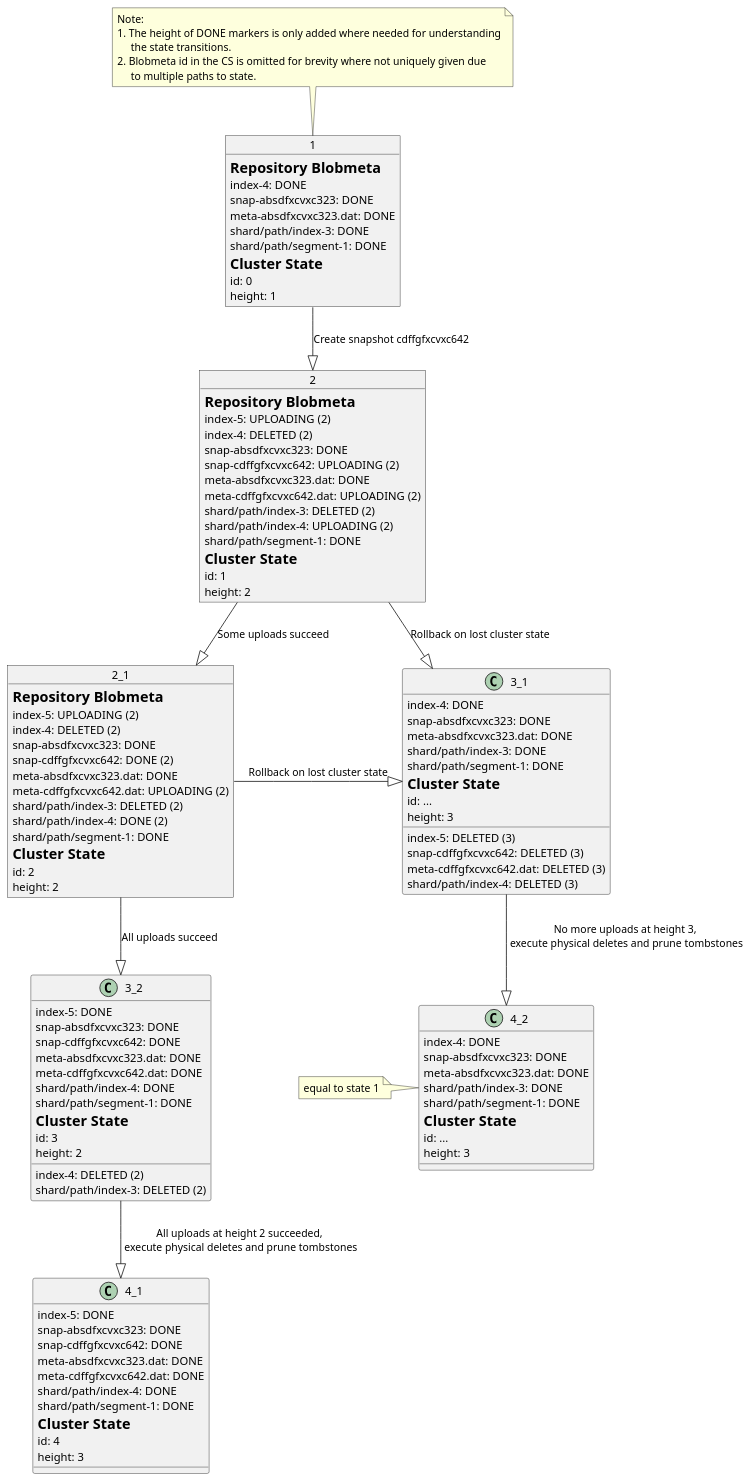
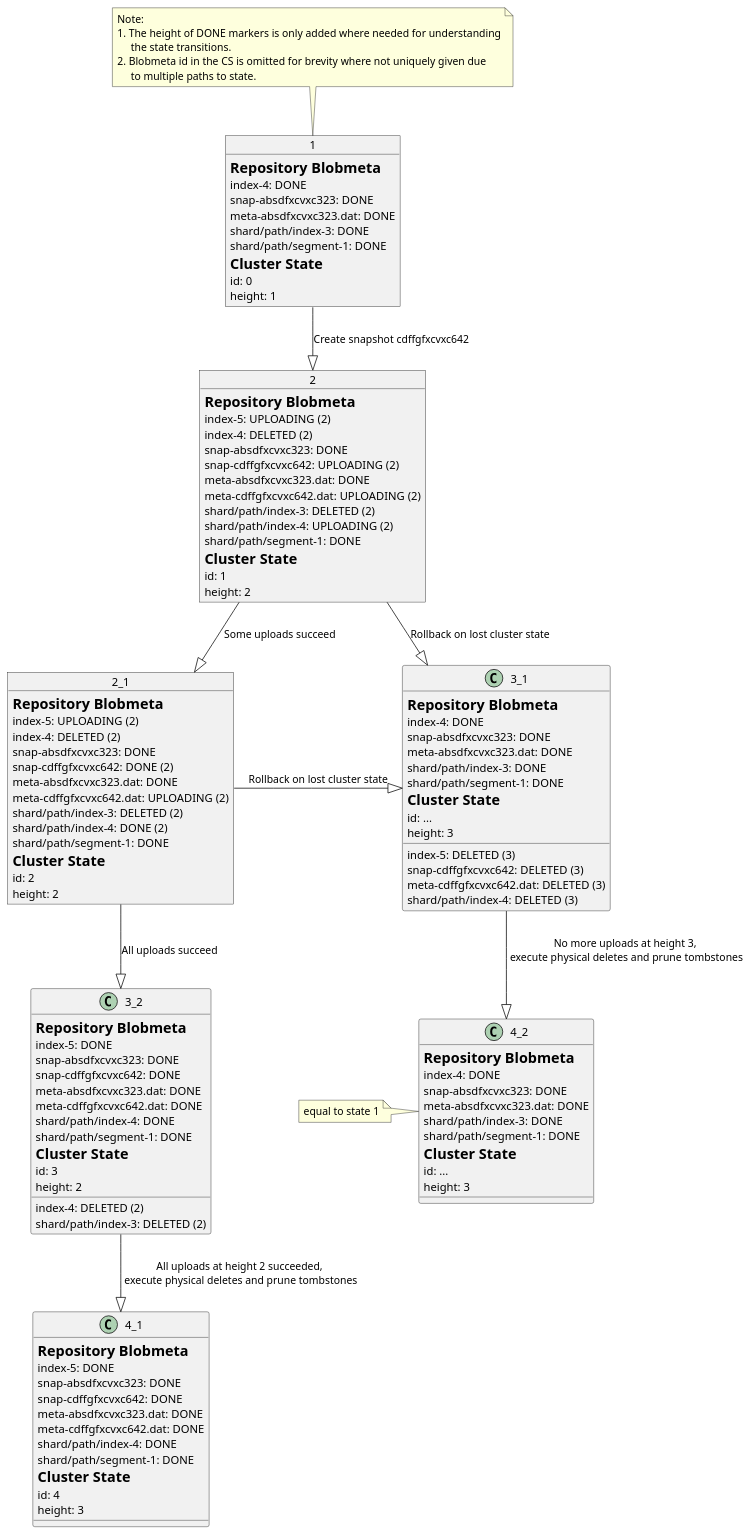
The diagram in meta-state-transitions-create.puml (original-brownbear/elasticsearch), drawn with PlantUML before and after one commit. The commit also changed 1 other file, not shown here.

```diff
--- a/meta-state-transitions-create.puml
+++ b/meta-state-transitions-create.puml
@@ -1,122 +1,126 @@
 @startuml
 
 
 Object 1 {
     =Repository Blobmeta
     index-4: DONE
     snap-absdfxcvxc323: DONE
     meta-absdfxcvxc323.dat: DONE
     shard/path/index-3: DONE
     shard/path/segment-1: DONE
     =Cluster State
     id: 0
     height: 1
 }
 note top
  Note:
  1. The height of DONE markers is only added where needed for understanding
       the state transitions.
  2. Blobmeta id in the CS is omitted for brevity where not uniquely given due
       to multiple paths to state.
 end note
 
 Object 2 {
     =Repository Blobmeta
     index-5: UPLOADING (2)
     index-4: DELETED (2)
     snap-absdfxcvxc323: DONE
     snap-cdffgfxcvxc642: UPLOADING (2)
     meta-absdfxcvxc323.dat: DONE
     meta-cdffgfxcvxc642.dat: UPLOADING (2)
     shard/path/index-3: DELETED (2)
     shard/path/index-4: UPLOADING (2)
     shard/path/segment-1: DONE
     =Cluster State
     id: 1
     height: 2
 }
 
 Object 2_1 {
     =Repository Blobmeta
     index-5: UPLOADING (2)
     index-4: DELETED (2)
     snap-absdfxcvxc323: DONE
     snap-cdffgfxcvxc642: DONE (2)
     meta-absdfxcvxc323.dat: DONE
     meta-cdffgfxcvxc642.dat: UPLOADING (2)
     shard/path/index-3: DELETED (2)
     shard/path/index-4: DONE (2)
     shard/path/segment-1: DONE
     =Cluster State
     id: 2
     height: 2
 }
 
 1 --|> 2: Create snapshot cdffgfxcvxc642
 
 2 --|> 2_1: Some uploads succeed
 
 2_1 -|> 3_1: Rollback on lost cluster state
 2 -|> 3_1: Rollback on lost cluster state
 2_1 --|> 3_2: All uploads succeed
 
 Object 3_1 {
+    =Repository Blobmeta
     index-5: DELETED (3)
     index-4: DONE
     snap-absdfxcvxc323: DONE
     snap-cdffgfxcvxc642: DELETED (3)
     meta-absdfxcvxc323.dat: DONE
     meta-cdffgfxcvxc642.dat: DELETED (3)
     shard/path/index-3: DONE
     shard/path/index-4: DELETED (3)
     shard/path/segment-1: DONE
     =Cluster State
     id: ...
     height: 3
 }
 
 Object 3_2 {
+    =Repository Blobmeta
     index-5: DONE
     index-4: DELETED (2)
     snap-absdfxcvxc323: DONE
     snap-cdffgfxcvxc642: DONE
     meta-absdfxcvxc323.dat: DONE
     meta-cdffgfxcvxc642.dat: DONE
     shard/path/index-3: DELETED (2)
     shard/path/index-4: DONE
     shard/path/segment-1: DONE
     =Cluster State
     id: 3
     height: 2
 }
 
 3_2 --|> 4_1: All uploads at height 2 succeeded,\n execute physical deletes and prune tombstones
 3_1 --|> 4_2: No more uploads at height 3,\n execute physical deletes and prune tombstones
 
 
 Object 4_1 {
+    =Repository Blobmeta
     index-5: DONE
     snap-absdfxcvxc323: DONE
     snap-cdffgfxcvxc642: DONE
     meta-absdfxcvxc323.dat: DONE
     meta-cdffgfxcvxc642.dat: DONE
     shard/path/index-4: DONE
     shard/path/segment-1: DONE
     =Cluster State
     id: 4
     height: 3
 }
 
 Object 4_2 {
+    =Repository Blobmeta
     index-4: DONE
     snap-absdfxcvxc323: DONE
     meta-absdfxcvxc323.dat: DONE
     shard/path/index-3: DONE
     shard/path/segment-1: DONE
     =Cluster State
     id: ...
     height: 3
 }
 note left: equal to state 1
 
 @enduml
```
